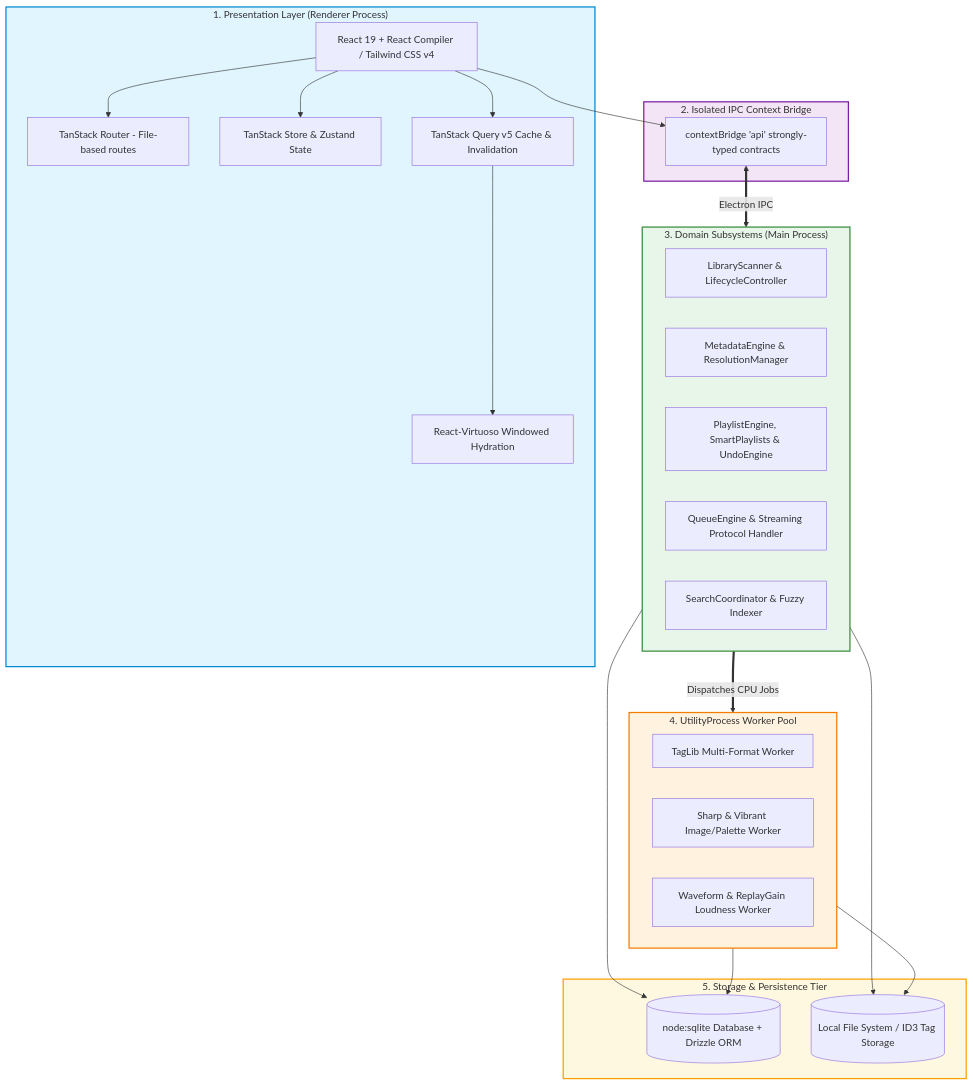
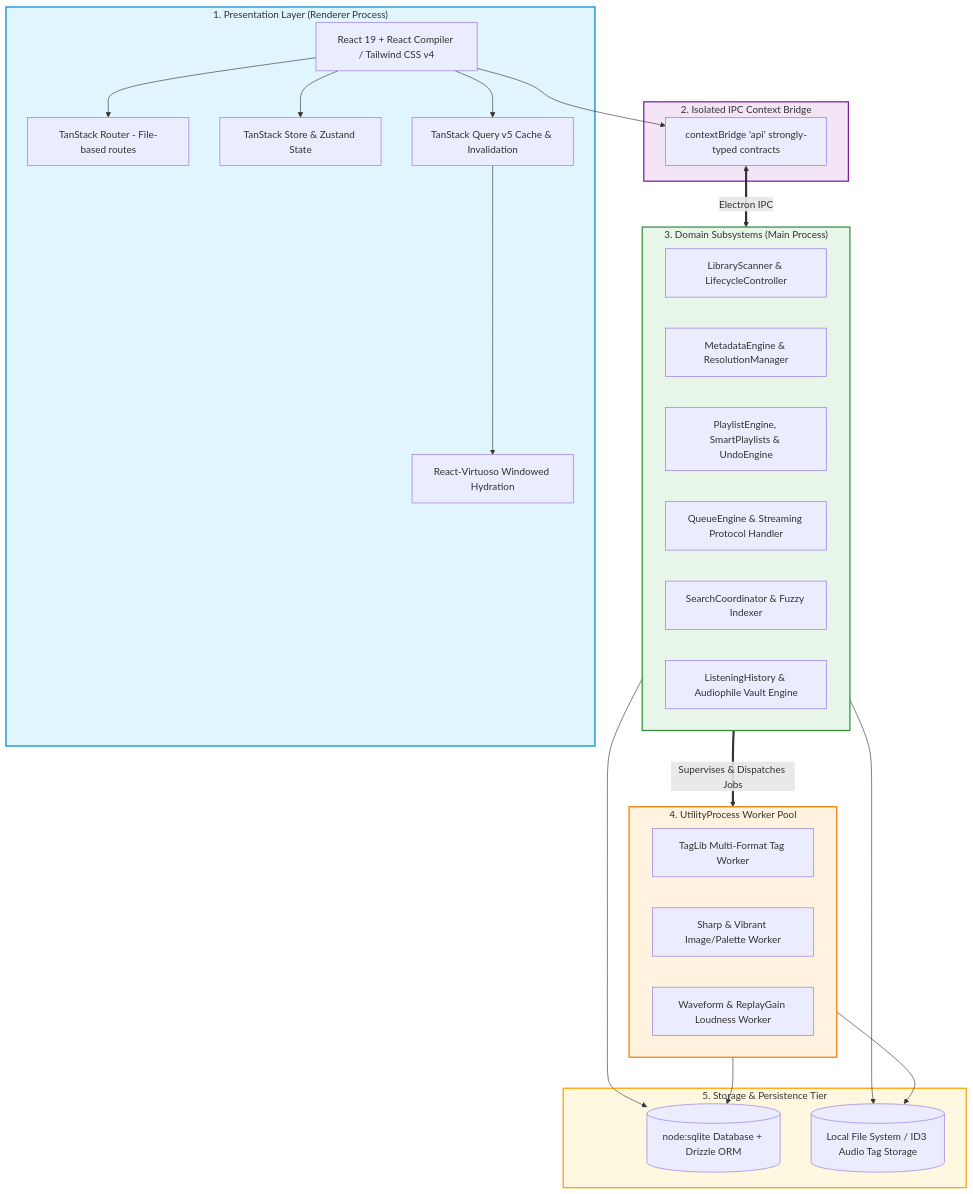
The diagram in README.md (vnyvk2/Sita), drawn with Mermaid before and after one commit. The commit also changed other lines of this file and 1 other file, not shown here.

````diff
--- a/README.md
+++ b/README.md
@@ -129,52 +148,53 @@
 ```mermaid
 graph TD
     subgraph RendererTier ["1. Presentation Layer (Renderer Process)"]
         UI[React 19 + React Compiler / Tailwind CSS v4]
         Router[TanStack Router - File-based routes]
         Store[TanStack Store & Zustand State]
         Query[TanStack Query v5 Cache & Invalidation]
         VirtualList[React-Virtuoso Windowed Hydration]
     end
 
     subgraph BridgeTier ["2. Isolated IPC Context Bridge"]
         ContextBridge[contextBridge 'api' strongly-typed contracts]
     end
 
     subgraph MainTier ["3. Domain Subsystems (Main Process)"]
         Scanner[LibraryScanner & LifecycleController]
         MetaEngine[MetadataEngine & ResolutionManager]
         Collections[PlaylistEngine, SmartPlaylists & UndoEngine]
         Playback[QueueEngine & Streaming Protocol Handler]
         Search[SearchCoordinator & Fuzzy Indexer]
+        Insights[ListeningHistory & Audiophile Vault Engine]
     end
 
     subgraph WorkerTier ["4. UtilityProcess Worker Pool"]
-        TagWorker[TagLib Multi-Format Worker]
+        TagWorker[TagLib Multi-Format Tag Worker]
         AssetWorker[Sharp & Vibrant Image/Palette Worker]
         AudioWorker[Waveform & ReplayGain Loudness Worker]
     end
 
     subgraph StorageTier ["5. Storage & Persistence Tier"]
         DB[(node:sqlite Database + Drizzle ORM)]
-        Filesystem[(Local File System / ID3 Tag Storage)]
+        Filesystem[(Local File System / ID3 Audio Tag Storage)]
     end
 
     UI --> Router
     UI --> Query
     UI --> Store
     Query --> VirtualList
     UI --> ContextBridge
     ContextBridge <==>|Electron IPC| MainTier
 
-    MainTier ==>|Dispatches CPU Jobs| WorkerTier
+    MainTier ==>|Supervises & Dispatches Jobs| WorkerTier
     MainTier --> DB
     MainTier --> Filesystem
     WorkerTier --> DB
     WorkerTier --> Filesystem
 
     style RendererTier fill:#e1f5fe,stroke:#0288d1,stroke-width:2px
     style BridgeTier fill:#f3e5f5,stroke:#7b1fa2,stroke-width:2px
     style MainTier fill:#e8f5e9,stroke:#388e3c,stroke-width:2px
     style WorkerTier fill:#fff3e0,stroke:#f57c00,stroke-width:2px
     style StorageTier fill:#fff8e1,stroke:#ffa000,stroke-width:2px
 ```
````
